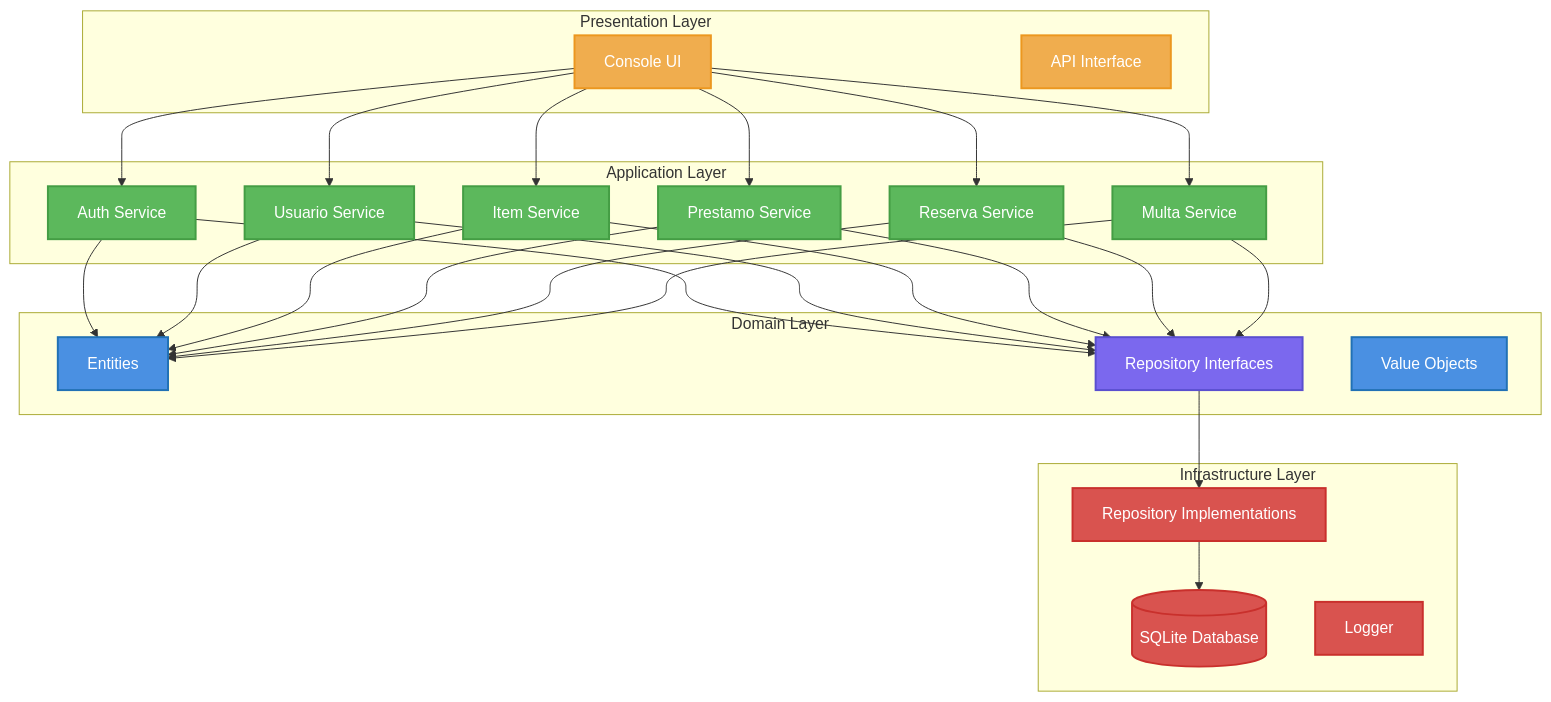
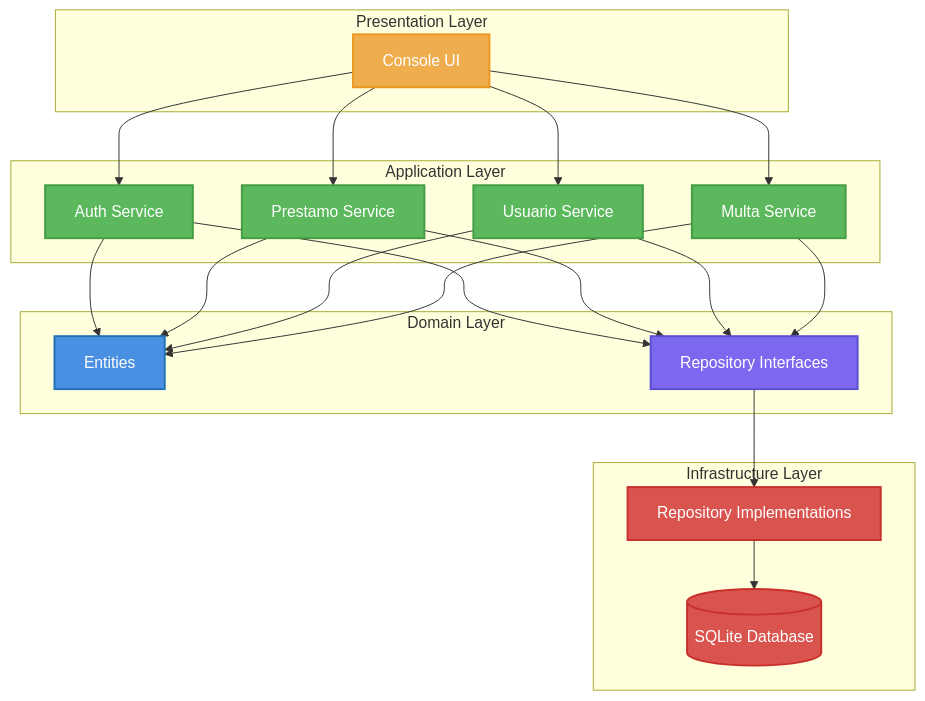
One commit to Analisis-y-metodologia-de-sistemas/Biblioteca-Liskov changed the diagram in README.md. Above: the diagram before and after it, drawn with Mermaid. The commit also changed other lines of this file and 4 other files, not shown here.

````diff
--- a/README.md
+++ b/README.md
@@ -491,67 +33,51 @@
 ```mermaid
 graph TB
     subgraph "Presentation Layer"
         UI[Console UI]
-        API[API Interface]
     end
     
     subgraph "Application Layer"
         AS[Auth Service]
+        PS[Prestamo Service]
         US[Usuario Service]
-        IS[Item Service]
-        PS[Prestamo Service]
-        RS[Reserva Service]
         MS[Multa Service]
     end
     
     subgraph "Domain Layer"
         E[Entities]
         R[Repository Interfaces]
-        V[Value Objects]
     end
     
     subgraph "Infrastructure Layer"
         DB[(SQLite Database)]
         REPO[Repository Implementations]
-        LOG[Logger]
     end
     
     UI --> AS
+    UI --> PS
     UI --> US
-    UI --> IS
-    UI --> PS
-    UI --> RS
     UI --> MS
     
     AS --> E
+    PS --> E
     US --> E
-    IS --> E
-    PS --> E
-    RS --> E
     MS --> E
     
     AS --> R
+    PS --> R
     US --> R
-    IS --> R
-    PS --> R
-    RS --> R
     MS --> R
     
     R --> REPO
     REPO --> DB
     
     style E fill:#4a90e2,stroke:#2171b5,stroke-width:2px,color:#fff
     style R fill:#7b68ee,stroke:#5a4fcf,stroke-width:2px,color:#fff
     style AS fill:#5cb85c,stroke:#449d44,stroke-width:2px,color:#fff
+    style PS fill:#5cb85c,stroke:#449d44,stroke-width:2px,color:#fff
     style US fill:#5cb85c,stroke:#449d44,stroke-width:2px,color:#fff
-    style IS fill:#5cb85c,stroke:#449d44,stroke-width:2px,color:#fff
-    style PS fill:#5cb85c,stroke:#449d44,stroke-width:2px,color:#fff
-    style RS fill:#5cb85c,stroke:#449d44,stroke-width:2px,color:#fff
     style MS fill:#5cb85c,stroke:#449d44,stroke-width:2px,color:#fff
     style UI fill:#f0ad4e,stroke:#ec971f,stroke-width:2px,color:#fff
-    style API fill:#f0ad4e,stroke:#ec971f,stroke-width:2px,color:#fff
     style DB fill:#d9534f,stroke:#c9302c,stroke-width:2px,color:#fff
     style REPO fill:#d9534f,stroke:#c9302c,stroke-width:2px,color:#fff
-    style LOG fill:#d9534f,stroke:#c9302c,stroke-width:2px,color:#fff
-    style V fill:#4a90e2,stroke:#2171b5,stroke-width:2px,color:#fff
 ```
````
